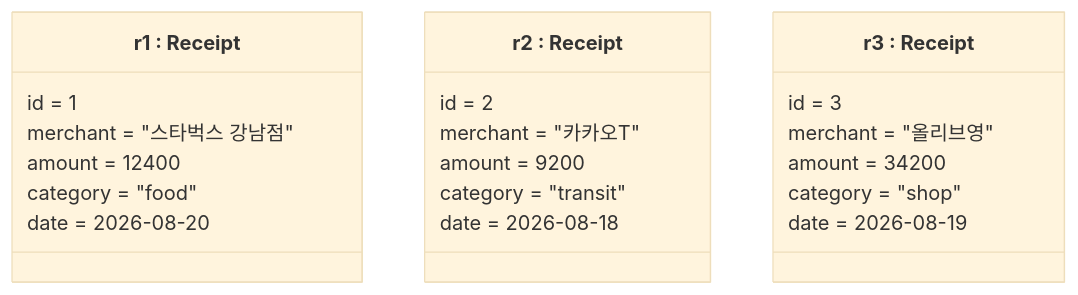
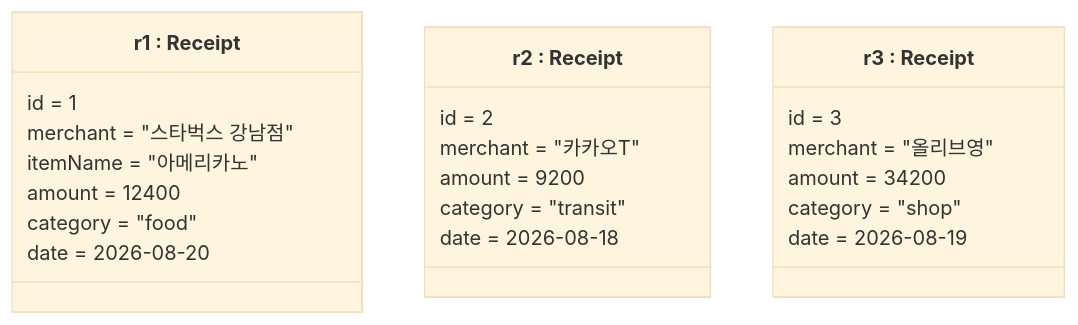
The second of 7 diagrams in docs/architecture.md (silverj0805/receipt-scanner-server), drawn with Mermaid (base theme) before and after one commit. The commit also changed other lines of this file and 8 other files, not shown here.

Commit message:
feat: 상품명(itemName) 선택 필드 추가

````diff
--- a/docs/architecture.md
+++ b/docs/architecture.md
@@ -76,24 +77,25 @@
 ```mermaid
 classDiagram
     class r1["r1 : Receipt"] {
         id = 1
         merchant = "스타벅스 강남점"
+        itemName = "아메리카노"
         amount = 12400
         category = "food"
         date = 2026-08-20
     }
     class r2["r2 : Receipt"] {
         id = 2
         merchant = "카카오T"
         amount = 9200
         category = "transit"
         date = 2026-08-18
     }
     class r3["r3 : Receipt"] {
         id = 3
         merchant = "올리브영"
         amount = 34200
         category = "shop"
         date = 2026-08-19
     }
 ```
````
